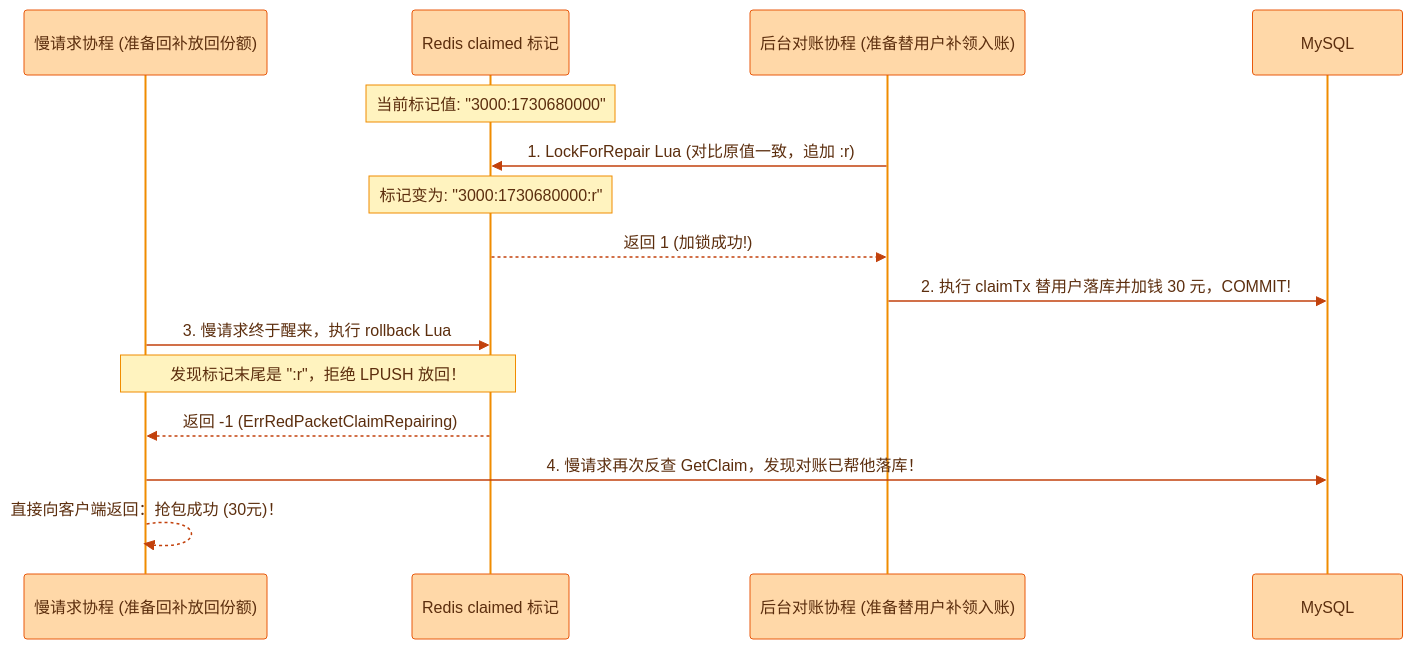
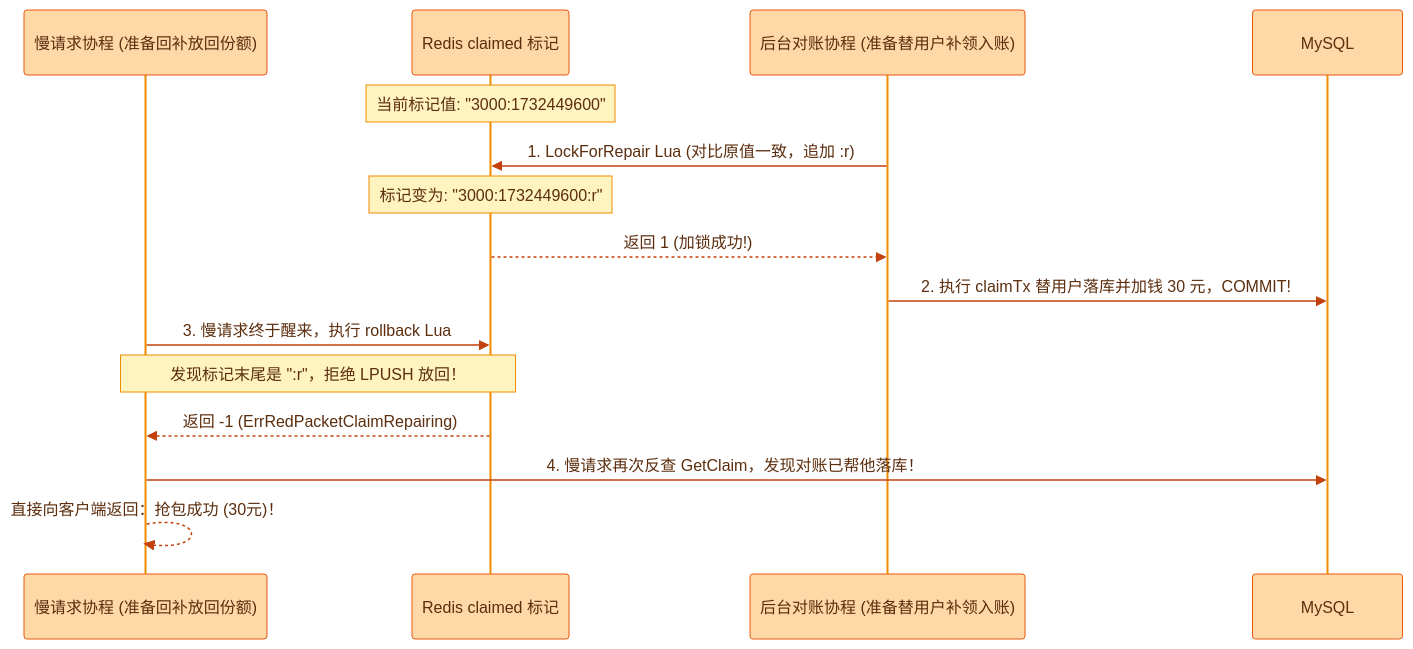
Before and after one commit to RedInn7/gomall: diagram 19 of 24 in docs/lecture/18-redpacket.md, drawn with Mermaid. The commit also changed other lines of this file and 1 other file, not shown here.

````diff
--- a/docs/lecture/18-redpacket.md
+++ b/docs/lecture/18-redpacket.md
@@ -703,19 +705,19 @@
 ```mermaid
 %%{init: {'theme':'base','themeVariables':{'fontFamily':'PingFang SC, Microsoft YaHei, sans-serif','background':'#FFFBF5','primaryColor':'#FFE8CC','primaryBorderColor':'#E8590C','primaryTextColor':'#5C2E0E','secondaryColor':'#FFF4E6','tertiaryColor':'#FFF9F0','lineColor':'#D9480F','textColor':'#5C2E0E','clusterBkg':'#FFF9F0','clusterBorder':'#F08C00','edgeLabelBackground':'#FFF4E6','actorBkg':'#FFD8A8','actorBorder':'#E8590C','actorTextColor':'#5C2E0E','actorLineColor':'#F08C00','signalColor':'#C2410C','signalTextColor':'#5C2E0E','noteBkgColor':'#FFF3BF','noteBorderColor':'#F08C00','noteTextColor':'#5C2E0E','activationBkgColor':'#FFC078','activationBorderColor':'#E8590C','labelBoxBkgColor':'#FFE8CC','labelBoxBorderColor':'#E8590C','labelTextColor':'#5C2E0E','loopTextColor':'#5C2E0E'}}}%%
 sequenceDiagram
     participant Claim as 慢请求协程 (准备回补放回份额)
     participant Redis as Redis claimed 标记
     participant Rec as 后台对账协程 (准备替用户补领入账)
     participant DB as MySQL
 
-    Note over Redis: 当前标记值: "3000:1730680000"
+    Note over Redis: 当前标记值: "3000:1732449600"
     Rec->>Redis: 1. LockForRepair Lua (对比原值一致，追加 :r)
-    Note over Redis: 标记变为: "3000:1730680000:r"
+    Note over Redis: 标记变为: "3000:1732449600:r"
     Redis-->>Rec: 返回 1 (加锁成功!)
     Rec->>DB: 2. 执行 claimTx 替用户落库并加钱 30 元，COMMIT!
     Claim->>Redis: 3. 慢请求终于醒来，执行 rollback Lua
     Note over Claim,Redis: 发现标记末尾是 ":r"，拒绝 LPUSH 放回！
     Redis-->>Claim: 返回 -1 (ErrRedPacketClaimRepairing)
     Claim->>DB: 4. 慢请求再次反查 GetClaim，发现对账已帮他落库！
     Claim-->>Claim: 直接向客户端返回：抢包成功 (30元)！
 ```
````
